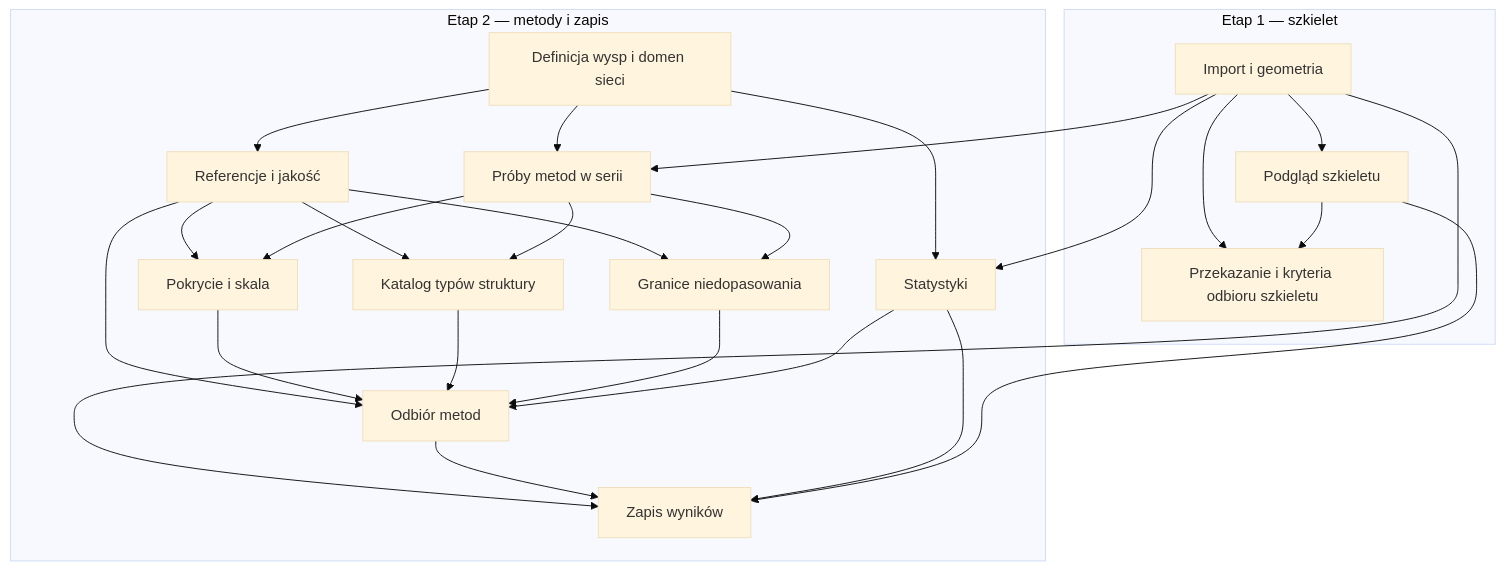
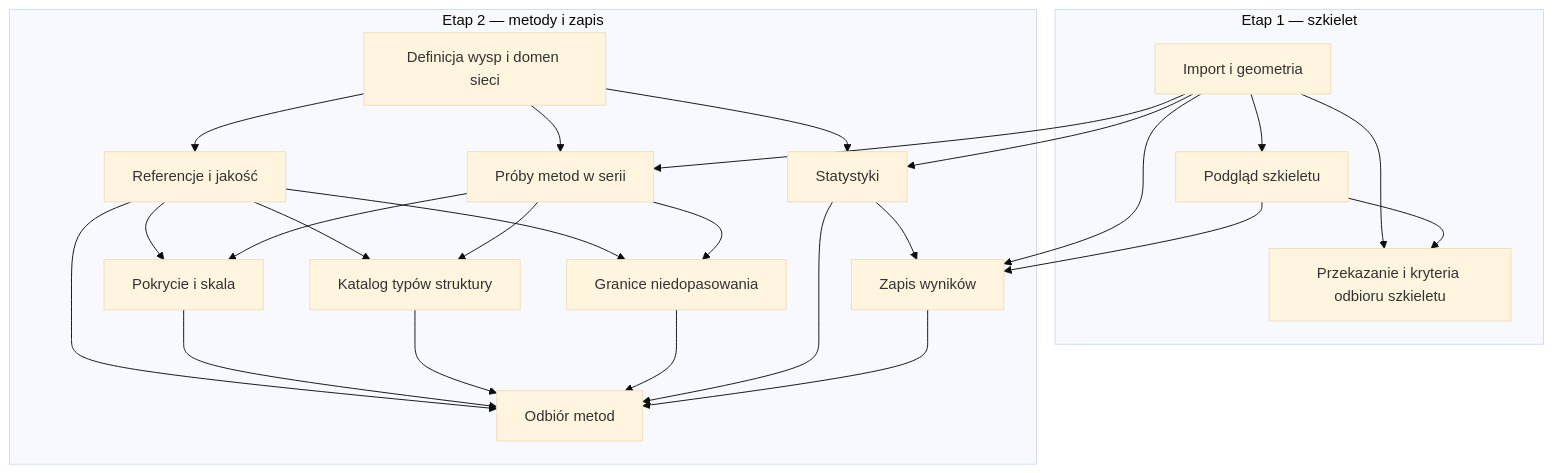
Before and after one commit to RafLew84/NEtCAT_NaParA: the diagram in docs/stmdomains/issues/README.md, drawn with Mermaid (base theme). The commit also changed other lines of this file and 6 other files, not shown here.

````diff
--- a/docs/stmdomains/issues/README.md
+++ b/docs/stmdomains/issues/README.md
@@ -98,42 +106,42 @@
 ```mermaid
 flowchart TD
     subgraph phase1["Etap 1 — szkielet"]
         a["Import i geometria"]
         g["Podgląd szkieletu"]
         i["Przekazanie i kryteria odbioru szkieletu"]
     end
     subgraph phase2["Etap 2 — metody i zapis"]
         b["Definicja wysp i domen sieci"]
         d["Referencje i jakość"]
         e["Próby metod w serii"]
         f["Statystyki"]
         h["Zapis wyników"]
         j["Pokrycie i skala"]
         k["Katalog typów struktury"]
         l["Granice niedopasowania"]
         m["Odbiór metod"]
     end
     a --> g
     a --> i
     g --> i
     b --> d
     a --> e
     b --> e
     d --> j
     d --> k
     d --> l
     e --> j
     e --> k
     e --> l
     d --> m
     j --> m
     k --> m
     l --> m
     f --> m
     a --> f
     b --> f
     a --> h
-    m --> h
+    h --> m
     f --> h
     g --> h
 ```
````
